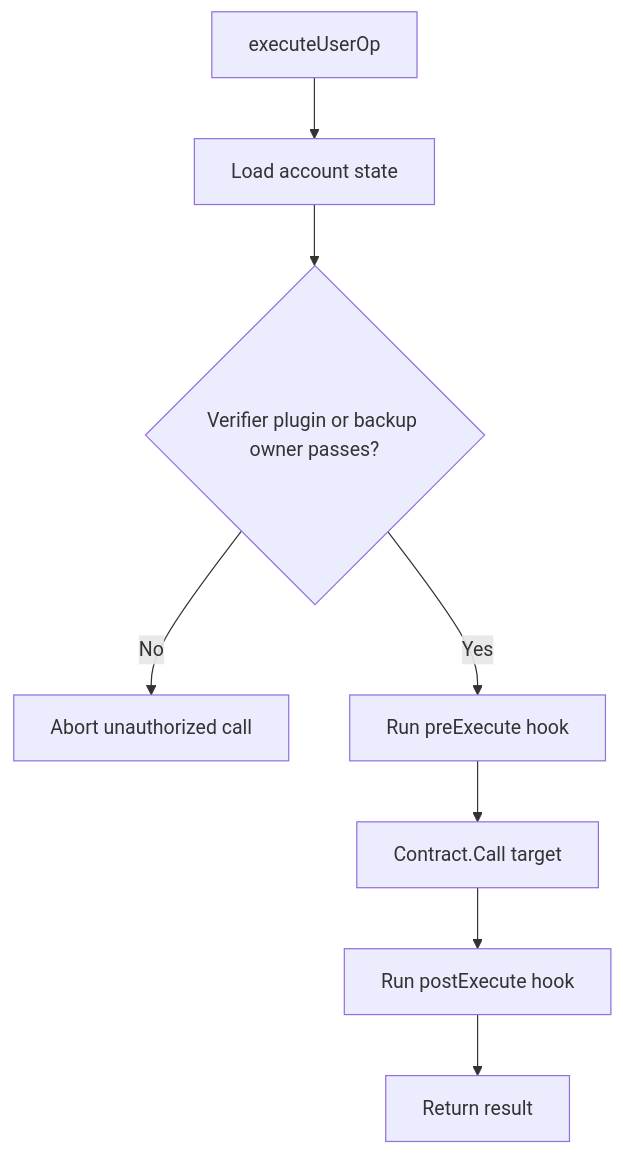
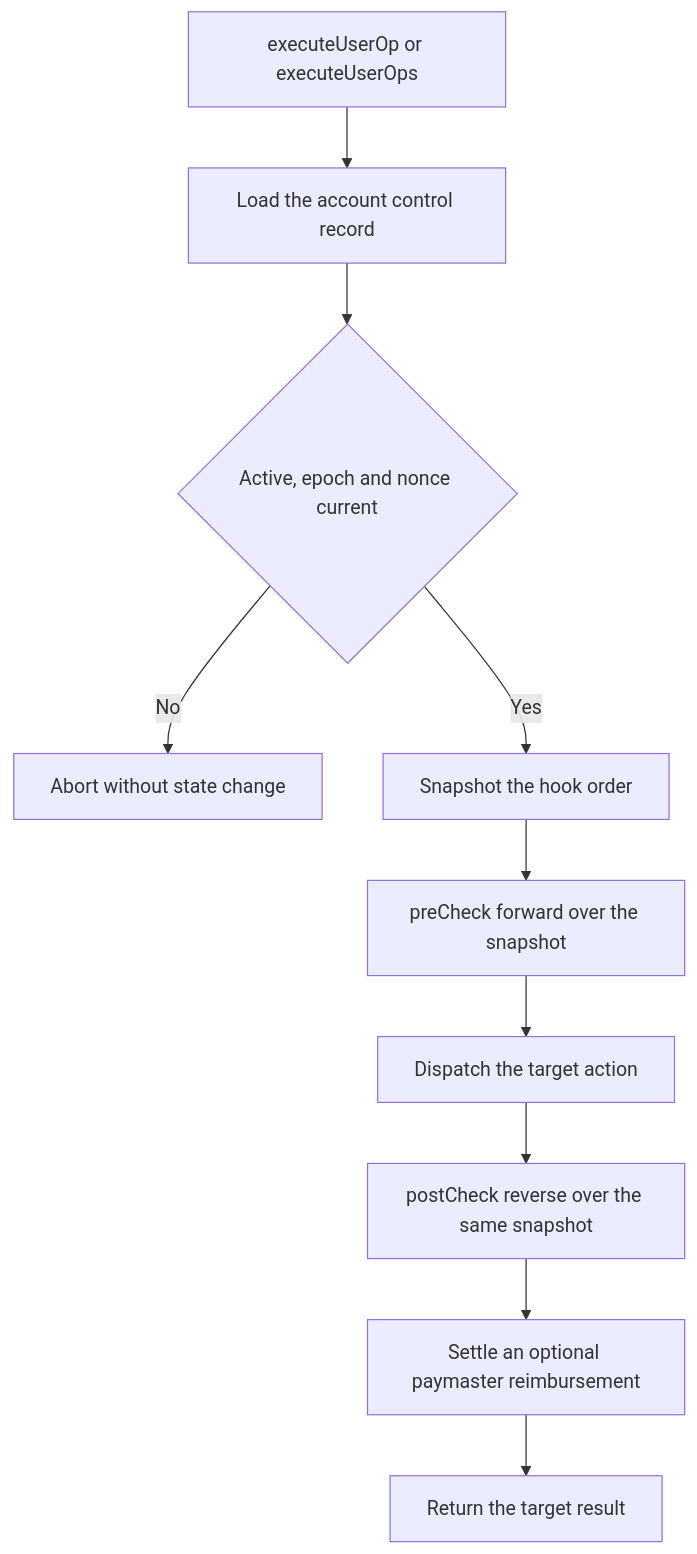
Before and after one commit to r3e-network/neo-os-aa: the third of 4 diagrams in frontend/src/assets/docs/architecture.md, drawn with Mermaid. The commit also changed other lines of this file and 425 other files, not shown here.

````diff
--- a/frontend/src/assets/docs/architecture.md
+++ b/frontend/src/assets/docs/architecture.md
@@ -71,10 +103,12 @@
 ```mermaid
 flowchart TD
-  Entry[executeUserOp] --> Load[Load account state]
-  Load --> Auth{Verifier plugin or backup owner passes?}
-  Auth -- No --> Reject[Abort unauthorized call]
-  Auth -- Yes --> Pre[Run preExecute hook]
-  Pre --> Call[Contract.Call target]
-  Call --> Post[Run postExecute hook]
-  Post --> Return[Return result]
+  Entry[executeUserOp or executeUserOps] --> Load[Load the account control record]
+  Load --> Sane{Active, epoch and nonce current}
+  Sane -- No --> Reject[Abort without state change]
+  Sane -- Yes --> Hooks[Snapshot the hook order]
+  Hooks --> Pre[preCheck forward over the snapshot]
+  Pre --> Dispatch[Dispatch the target action]
+  Dispatch --> Post[postCheck reverse over the same snapshot]
+  Post --> Reimburse[Settle an optional paymaster reimbursement]
+  Reimburse --> Return[Return the target result]
 ```
````
